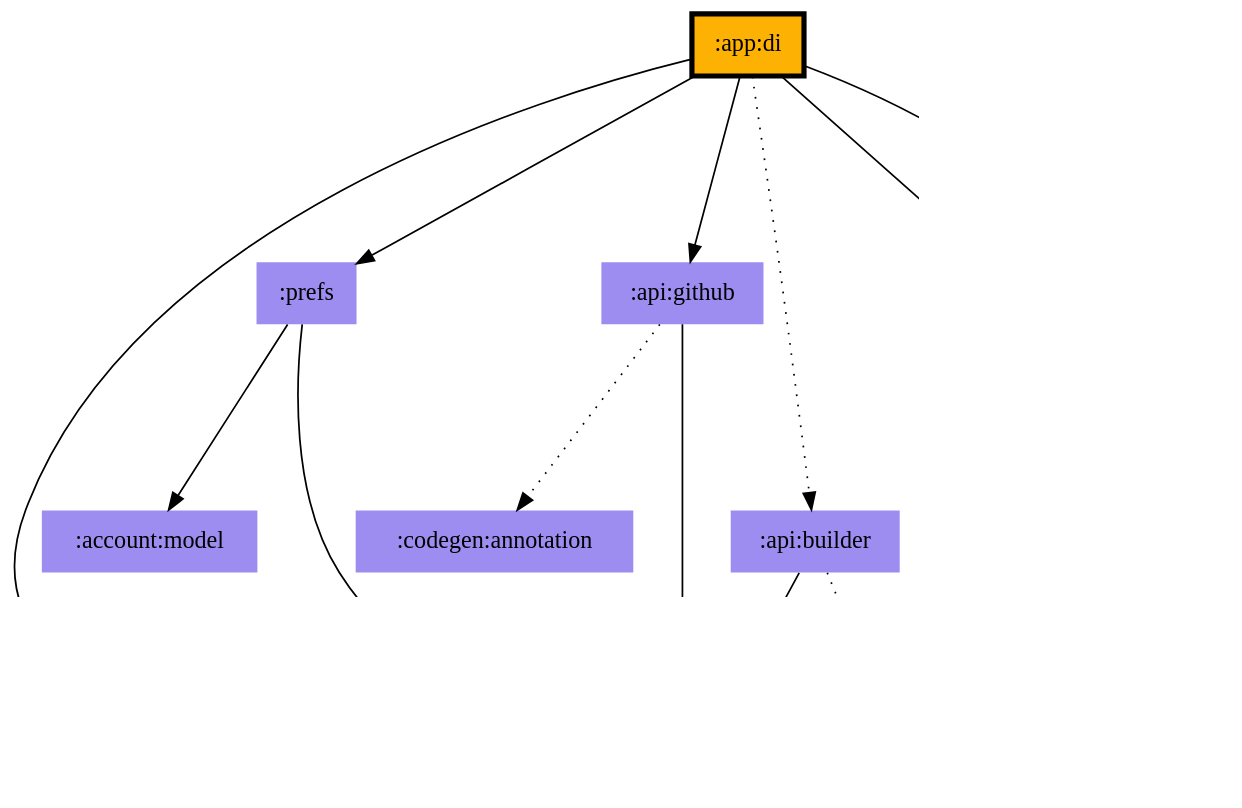
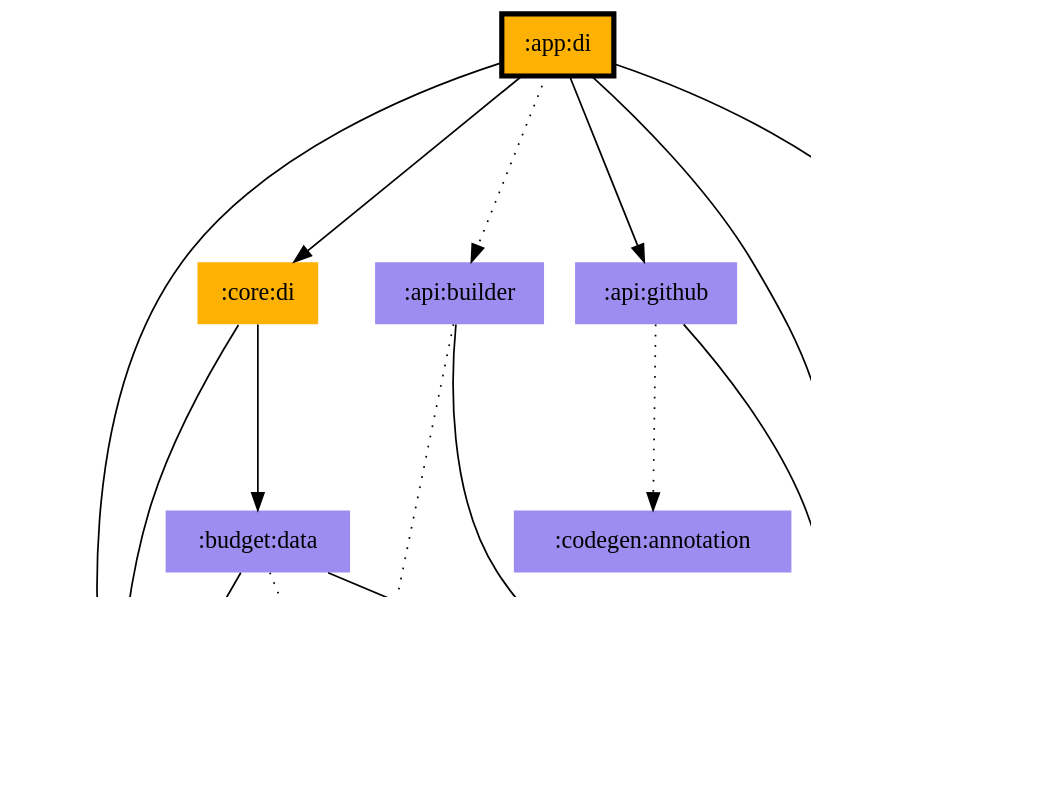
The diagram in app/di/modules.dot (jonapoul/aktual), drawn with Graphviz before and after one commit. The commit also changed 41 other files, not shown here.

Commit message:
Diagrams

```diff
--- a/app/di/modules.dot
+++ b/app/di/modules.dot
@@ -1,33 +1,31 @@
 digraph {
 edge ["dir"="forward"]
 graph ["dpi"="100","fontsize"="30","ranksep"="1.5","rankdir"="TB"]
 node ["style"="filled"]
-":account:model" ["fillcolor"="#9D8DF1","shape"="none"]
 ":api:builder" ["fillcolor"="#9D8DF1","shape"="none"]
 ":api:github" ["fillcolor"="#9D8DF1","shape"="none"]
 ":app:di" ["fillcolor"="#FCB103","color"="black","penwidth"="3","shape"="box"]
 ":budget:data" ["fillcolor"="#9D8DF1","shape"="none"]
 ":budget:model" ["fillcolor"="#9D8DF1","shape"="none"]
 ":codegen:annotation" ["fillcolor"="#9D8DF1","shape"="none"]
 ":core:di" ["fillcolor"="#FCB103","shape"="none"]
 ":core:model" ["fillcolor"="#9D8DF1","shape"="none"]
 ":logging" ["fillcolor"="#9D8DF1","shape"="none"]
 ":prefs" ["fillcolor"="#9D8DF1","shape"="none"]
 ":api:builder" -> ":core:model"
 ":api:builder" -> ":logging" ["style"="dotted"]
 ":api:github" -> ":codegen:annotation" ["style"="dotted"]
 ":api:github" -> ":core:model"
 ":app:di" -> ":api:builder" ["style"="dotted"]
 ":app:di" -> ":api:github"
 ":app:di" -> ":budget:model"
 ":app:di" -> ":core:di"
 ":app:di" -> ":core:model"
 ":app:di" -> ":prefs"
 ":budget:data" -> ":budget:model"
 ":budget:data" -> ":core:model"
 ":budget:data" -> ":logging" ["style"="dotted"]
 ":core:di" -> ":budget:data"
 ":core:di" -> ":budget:model"
-":prefs" -> ":account:model"
 ":prefs" -> ":core:model"
 }
```
